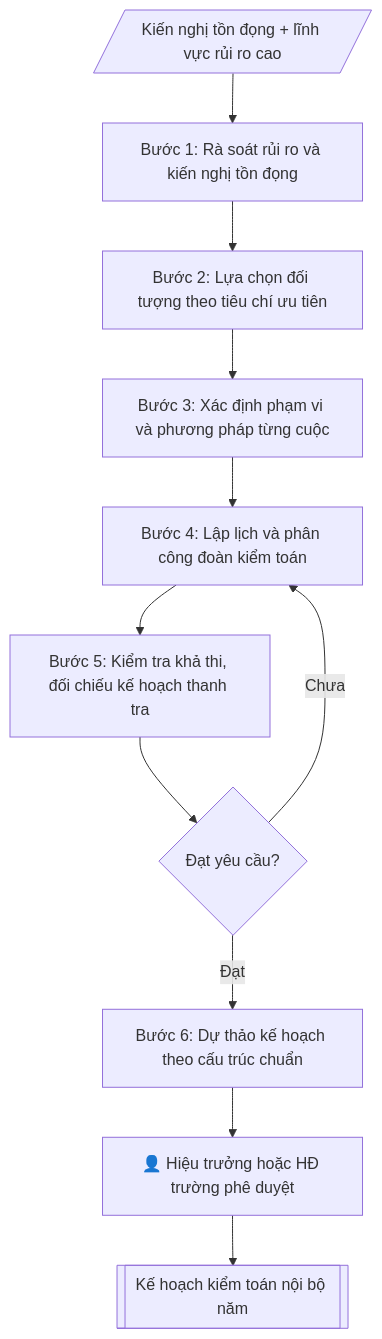
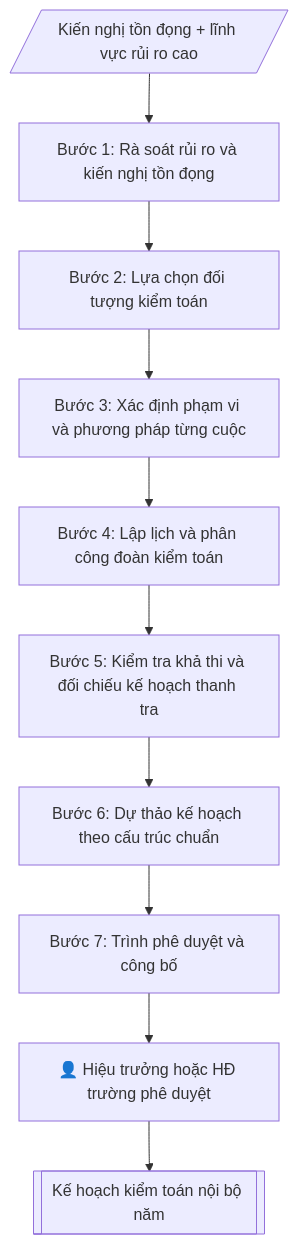
Before and after one commit to phamtruong91/dh-skills: the diagram in skills/ke-hoach-kiem-toan-noi-bo/SKILL.md, drawn with Mermaid. The commit also changed 124 other files, not shown here.

First line of the commit message:
Khôi phục quy trình đầy đủ cho 58 skill bị rút gọn (nghiệp vụ gốc + ràng buộc pháp lý từ phap-ly.md)

````diff
--- a/skills/ke-hoach-kiem-toan-noi-bo/SKILL.md
+++ b/skills/ke-hoach-kiem-toan-noi-bo/SKILL.md
@@ -90,13 +90,12 @@
 ```mermaid
 flowchart TD
-    A[/"Kiến nghị tồn đọng + lĩnh vực rủi ro cao"/] --> B["Bước 1: Rà soát rủi ro và kiến nghị tồn đọng"]
-    B --> C["Bước 2: Lựa chọn đối tượng theo tiêu chí ưu tiên"]
-    C --> D["Bước 3: Xác định phạm vi và phương pháp từng cuộc"]
-    D --> E["Bước 4: Lập lịch và phân công đoàn kiểm toán"]
-    E --> F["Bước 5: Kiểm tra khả thi, đối chiếu kế hoạch thanh tra"]
-    F --> G{"Đạt yêu cầu?"}
-    G -->|Chưa| E
-    G -->|Đạt| H["Bước 6: Dự thảo kế hoạch theo cấu trúc chuẩn"]
-    H --> HG["👤 Hiệu trưởng hoặc HĐ trường phê duyệt"]
-    HG --> I[["Kế hoạch kiểm toán nội bộ năm"]]
+    IN[/"Kiến nghị tồn đọng + lĩnh vực rủi ro cao"/] --> B1["Bước 1: Rà soát rủi ro và kiến nghị tồn đọng"]
+    B1 --> B2["Bước 2: Lựa chọn đối tượng kiểm toán"]
+    B2 --> B3["Bước 3: Xác định phạm vi và phương pháp từng cuộc"]
+    B3 --> B4["Bước 4: Lập lịch và phân công đoàn kiểm toán"]
+    B4 --> B5["Bước 5: Kiểm tra khả thi và đối chiếu kế hoạch thanh tra"]
+    B5 --> B6["Bước 6: Dự thảo kế hoạch theo cấu trúc chuẩn"]
+    B6 --> B7["Bước 7: Trình phê duyệt và công bố"]
+    B7 --> HG["👤 Hiệu trưởng hoặc HĐ trường phê duyệt"]
+    HG --> OUT[["Kế hoạch kiểm toán nội bộ năm"]]
 ```
````
